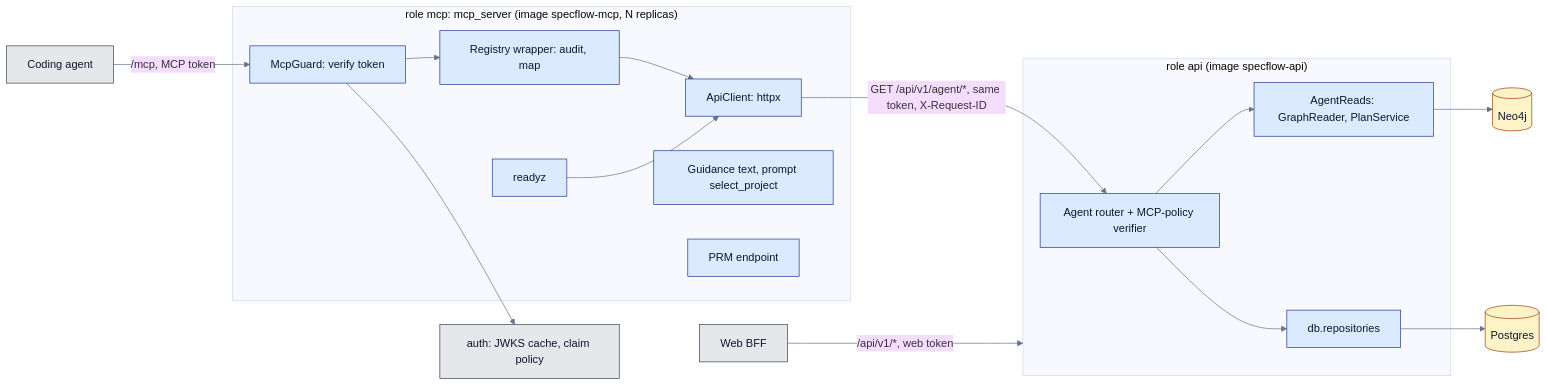
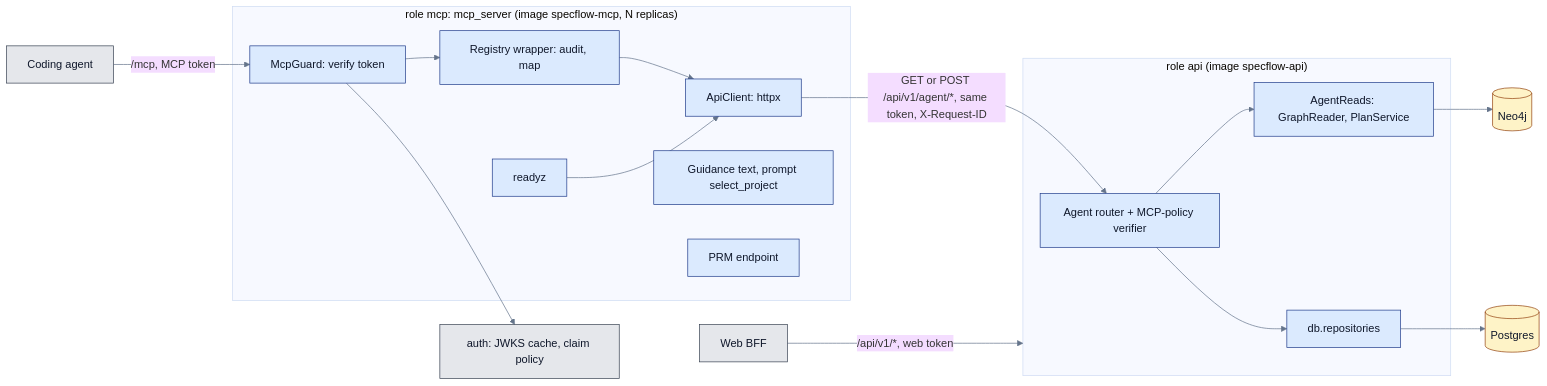
One commit to griddynamics/specflow changed the first of 2 diagrams in docs/mcp-server/architecture.md. Above: the diagram before and after it, drawn with Mermaid (base theme). The commit also changed other lines of this file and 249 other files, not shown here.

````diff
--- a/docs/mcp-server/architecture.md
+++ b/docs/mcp-server/architecture.md
@@ -22,27 +22,27 @@
 ```mermaid
 flowchart LR
     agent[Coding agent] -->|"/mcp, MCP token"| guard
     subgraph mcp["role mcp: mcp_server (image specflow-mcp, N replicas)"]
         guard[McpGuard: verify token] --> reg[Registry wrapper: audit, map]
         reg --> client[ApiClient: httpx]
         ready[readyz] --> client
         guidance[Guidance text, prompt select_project]
         prm[PRM endpoint]
     end
     guard --> jwks[auth: JWKS cache, claim policy]
-    client -->|"GET /api/v1/agent/*, same token, X-Request-ID"| agentr
+    client -->|"GET or POST /api/v1/agent/*, same token, X-Request-ID"| agentr
     subgraph api["role api (image specflow-api)"]
         agentr[Agent router + MCP-policy verifier] --> reads[AgentReads: GraphReader, PlanService]
         agentr --> repo[db.repositories]
     end
     repo --> pg[(Postgres)]
     reads --> neo[(Neo4j)]
     web[Web BFF] -->|"/api/v1/*, web token"| api
     classDef svc fill:#dbeafe,stroke:#1e3a8a,color:#0f172a
     classDef store fill:#fef3c7,stroke:#92400e,color:#0f172a
     classDef ext fill:#e5e7eb,stroke:#374151,color:#0f172a
     class guard,reg,client,ready,guidance,prm,agentr,reads,repo svc
     class pg,neo store
     class agent,web,jwks ext
     linkStyle default stroke:#64748b
 ```
````
